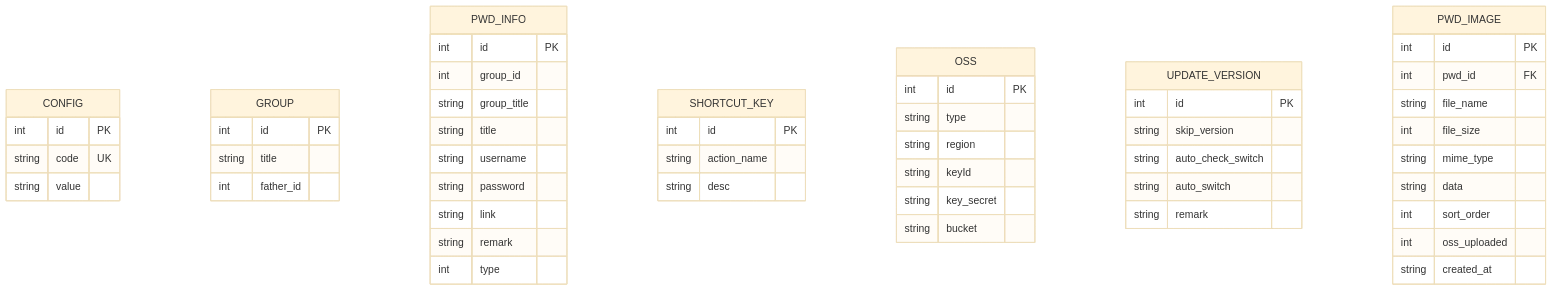
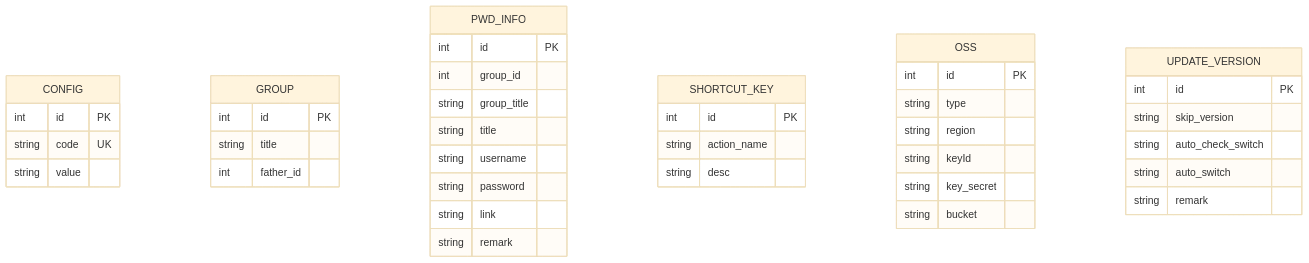
One commit to scgithub3220216/password-manager changed the fifth of 5 diagrams in .qoder/repowiki/zh/content/架构设计/数据库层架构/Mapper层设计/Mapper层设计.md. Above: the diagram before and after it, drawn with Mermaid (base theme). The commit also changed other lines of this file and 17 other files, not shown here.

````diff
--- a/.qoder/repowiki/zh/content/架构设计/数据库层架构/Mapper层设计/Mapper层设计.md
+++ b/.qoder/repowiki/zh/content/架构设计/数据库层架构/Mapper层设计/Mapper层设计.md
@@ -529,55 +439,43 @@
 ```mermaid
 erDiagram
 CONFIG {
 int id PK
 string code UK
 string value
 }
 GROUP {
 int id PK
 string title
 int father_id
 }
 PWD_INFO {
 int id PK
 int group_id
 string group_title
 string title
 string username
 string password
 string link
 string remark
-int type
 }
 SHORTCUT_KEY {
 int id PK
 string action_name
 string desc
 }
 OSS {
 int id PK
 string type
 string region
 string keyId
 string key_secret
 string bucket
 }
 UPDATE_VERSION {
 int id PK
 string skip_version
 string auto_check_switch
 string auto_switch
 string remark
 }
-PWD_IMAGE {
-int id PK
-int pwd_id FK
-string file_name
-int file_size
-string mime_type
-string data
-int sort_order
-int oss_uploaded
-string created_at
-}
 ```
````
